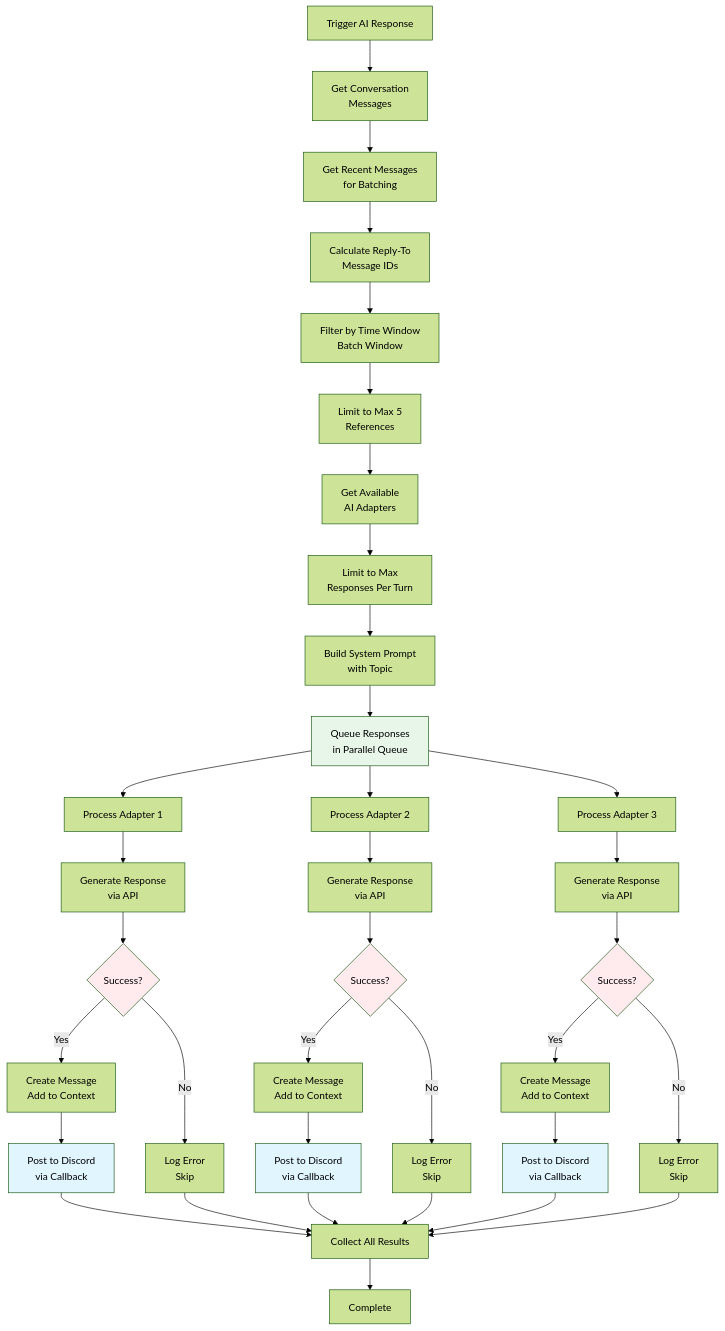
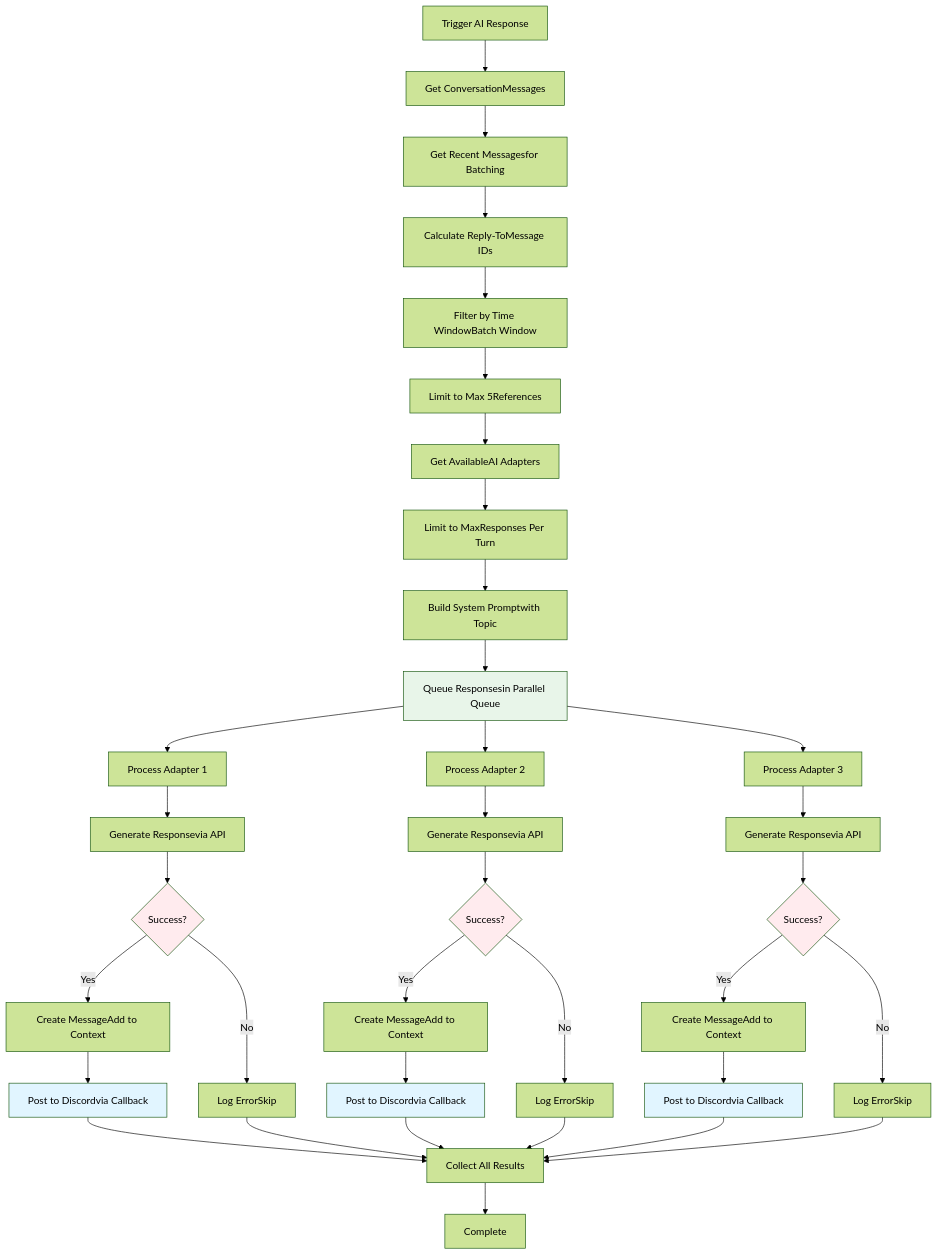
Before and after one commit to jak-pan/super-brainstorm-bot: diagram 11 of 16 in ARCHITECTURE.md, drawn with Mermaid (forest theme). The commit also changed other lines of this file, not shown here.

Commit message:
Fix: Remove HTML br tags from Mermaid diagrams for GitHub compatibility

````diff
--- a/ARCHITECTURE.md
+++ b/ARCHITECTURE.md
@@ -720,57 +720,57 @@
 ```mermaid
 flowchart TD
-    Trigger[Trigger AI Response] --> GetMessages[Get Conversation<br/>Messages]
-    GetMessages --> GetRecent[Get Recent Messages<br/>for Batching]
-    GetRecent --> CalculateReplyTo[Calculate Reply-To<br/>Message IDs]
+    Trigger[Trigger AI Response] --> GetMessages[Get ConversationMessages]
+    GetMessages --> GetRecent[Get Recent Messagesfor Batching]
+    GetRecent --> CalculateReplyTo[Calculate Reply-ToMessage IDs]
     
-    CalculateReplyTo --> FilterTime[Filter by Time Window<br/>Batch Window]
-    FilterTime --> LimitRefs[Limit to Max 5<br/>References]
+    CalculateReplyTo --> FilterTime[Filter by Time WindowBatch Window]
+    FilterTime --> LimitRefs[Limit to Max 5References]
     
-    LimitRefs --> GetAdapters[Get Available<br/>AI Adapters]
-    GetAdapters --> LimitAdapters[Limit to Max<br/>Responses Per Turn]
+    LimitRefs --> GetAdapters[Get AvailableAI Adapters]
+    GetAdapters --> LimitAdapters[Limit to MaxResponses Per Turn]
     
-    LimitAdapters --> BuildPrompt[Build System Prompt<br/>with Topic]
-    BuildPrompt --> QueueParallel[Queue Responses<br/>in Parallel Queue]
+    LimitAdapters --> BuildPrompt[Build System Promptwith Topic]
+    BuildPrompt --> QueueParallel[Queue Responsesin Parallel Queue]
     
     QueueParallel --> ProcessAdapter1[Process Adapter 1]
     QueueParallel --> ProcessAdapter2[Process Adapter 2]
     QueueParallel --> ProcessAdapter3[Process Adapter 3]
     
-    ProcessAdapter1 --> Generate1[Generate Response<br/>via API]
-    ProcessAdapter2 --> Generate2[Generate Response<br/>via API]
-    ProcessAdapter3 --> Generate3[Generate Response<br/>via API]
+    ProcessAdapter1 --> Generate1[Generate Responsevia API]
+    ProcessAdapter2 --> Generate2[Generate Responsevia API]
+    ProcessAdapter3 --> Generate3[Generate Responsevia API]
     
     Generate1 --> CheckSuccess1{Success?}
     Generate2 --> CheckSuccess2{Success?}
     Generate3 --> CheckSuccess3{Success?}
     
-    CheckSuccess1 -->|Yes| CreateMsg1[Create Message<br/>Add to Context]
-    CheckSuccess1 -->|No| LogError1[Log Error<br/>Skip]
+    CheckSuccess1 -->|Yes| CreateMsg1[Create MessageAdd to Context]
+    CheckSuccess1 -->|No| LogError1[Log ErrorSkip]
     
-    CheckSuccess2 -->|Yes| CreateMsg2[Create Message<br/>Add to Context]
-    CheckSuccess2 -->|No| LogError2[Log Error<br/>Skip]
+    CheckSuccess2 -->|Yes| CreateMsg2[Create MessageAdd to Context]
+    CheckSuccess2 -->|No| LogError2[Log ErrorSkip]
     
-    CheckSuccess3 -->|Yes| CreateMsg3[Create Message<br/>Add to Context]
-    CheckSuccess3 -->|No| LogError3[Log Error<br/>Skip]
+    CheckSuccess3 -->|Yes| CreateMsg3[Create MessageAdd to Context]
+    CheckSuccess3 -->|No| LogError3[Log ErrorSkip]
     
-    CreateMsg1 --> PostDiscord1[Post to Discord<br/>via Callback]
-    CreateMsg2 --> PostDiscord2[Post to Discord<br/>via Callback]
-    CreateMsg3 --> PostDiscord3[Post to Discord<br/>via Callback]
+    CreateMsg1 --> PostDiscord1[Post to Discordvia Callback]
+    CreateMsg2 --> PostDiscord2[Post to Discordvia Callback]
+    CreateMsg3 --> PostDiscord3[Post to Discordvia Callback]
     
     PostDiscord1 --> CollectResults[Collect All Results]
     PostDiscord2 --> CollectResults
     PostDiscord3 --> CollectResults
     LogError1 --> CollectResults
     LogError2 --> CollectResults
     LogError3 --> CollectResults
     
     CollectResults --> Complete[Complete]
     
     style QueueParallel fill:#e8f5e9
     style CheckSuccess1 fill:#ffebee
     style CheckSuccess2 fill:#ffebee
     style CheckSuccess3 fill:#ffebee
     style PostDiscord1 fill:#e1f5ff
     style PostDiscord2 fill:#e1f5ff
     style PostDiscord3 fill:#e1f5ff
 ```
````
